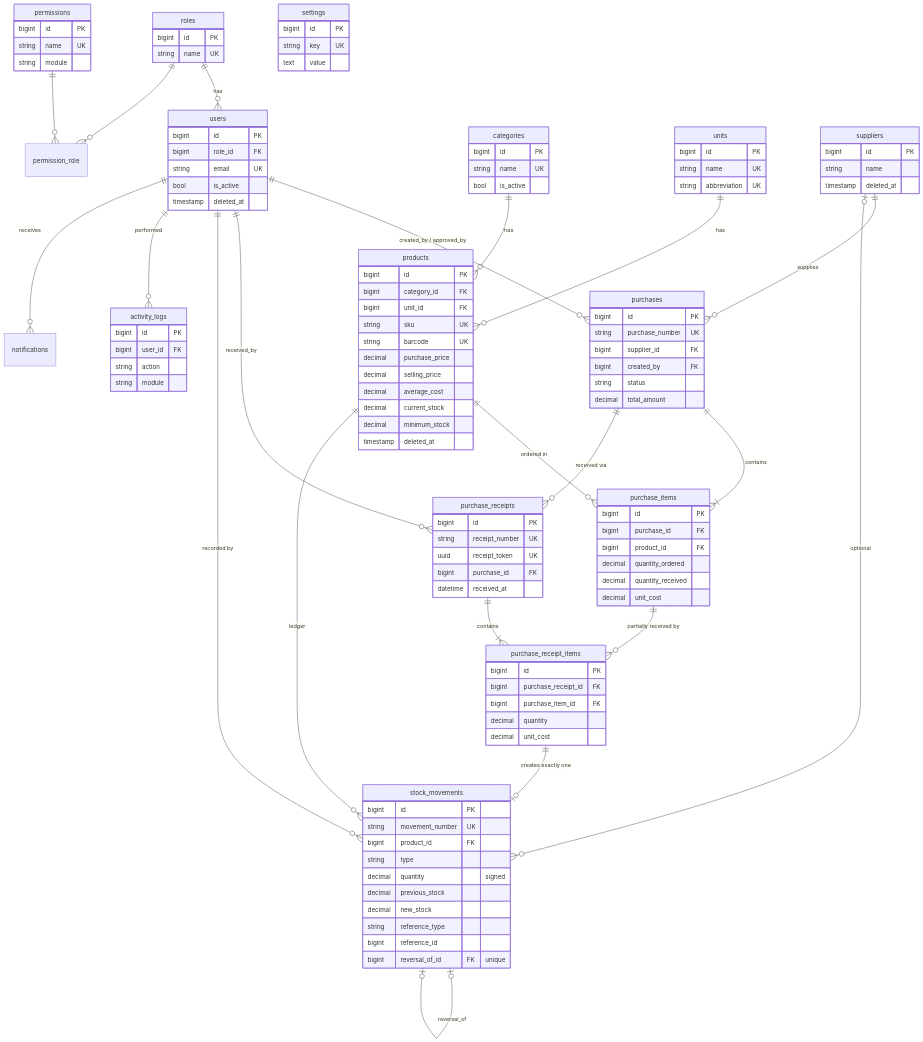
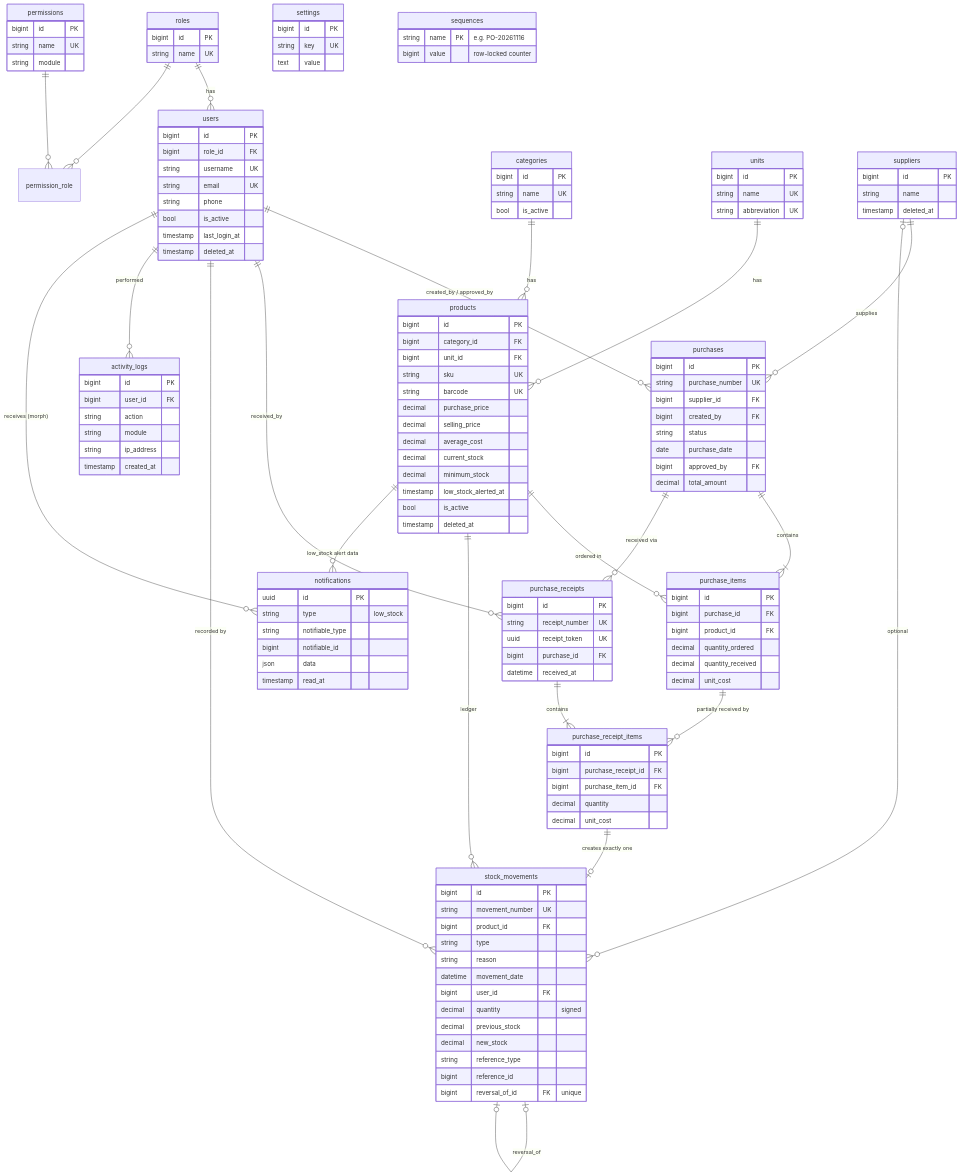
One commit to meymeyIT/ims changed the diagram in docs/DATABASE.md. Above: the diagram before and after it, drawn with Mermaid. The commit also changed other lines of this file and 179 other files, not shown here.

````diff
--- a/docs/DATABASE.md
+++ b/docs/DATABASE.md
@@ -26,7 +26,8 @@
     purchase_receipt_items ||--o| stock_movements : "creates exactly one"
     stock_movements |o--o| stock_movements : "reversal_of"
     users ||--o{ activity_logs : "performed"
-    users ||--o{ notifications : "receives"
+    users ||--o{ notifications : "receives (morph)"
+    products ||--o{ notifications : "low_stock alert data"
 
     roles { bigint id PK
         string name UK }
@@ -35,8 +36,11 @@
         string module }
     users { bigint id PK
         bigint role_id FK
+        string username UK
         string email UK
+        string phone
         bool is_active
+        timestamp last_login_at
         timestamp deleted_at }
     categories { bigint id PK
         string name UK
@@ -54,6 +58,8 @@
         decimal average_cost
         decimal current_stock
         decimal minimum_stock
+        timestamp low_stock_alerted_at
+        bool is_active
         timestamp deleted_at }
     suppliers { bigint id PK
         string name
@@ -63,6 +69,8 @@
         bigint supplier_id FK
         bigint created_by FK
         string status
+        date purchase_date
+        bigint approved_by FK
         decimal total_amount }
     purchase_items { bigint id PK
         bigint purchase_id FK
@@ -84,6 +92,9 @@
         string movement_number UK
         bigint product_id FK
         string type
+        string reason
+        datetime movement_date
+        bigint user_id FK
         decimal quantity "signed"
         decimal previous_stock
         decimal new_stock
@@ -96,5 +107,15 @@
     activity_logs { bigint id PK
         bigint user_id FK
         string action
-        string module }
+        string module
+        string ip_address
+        timestamp created_at }
+    notifications { uuid id PK
+        string type "low_stock"
+        string notifiable_type
+        bigint notifiable_id
+        json data
+        timestamp read_at }
+    sequences { string name PK "e.g. PO-20261116"
+        bigint value "row-locked counter" }
 ```
````
